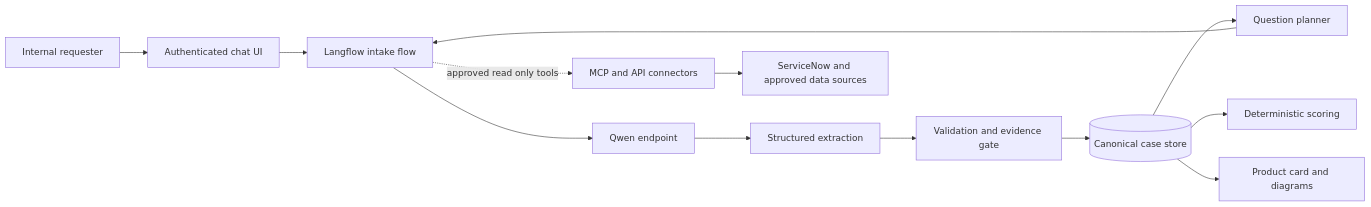
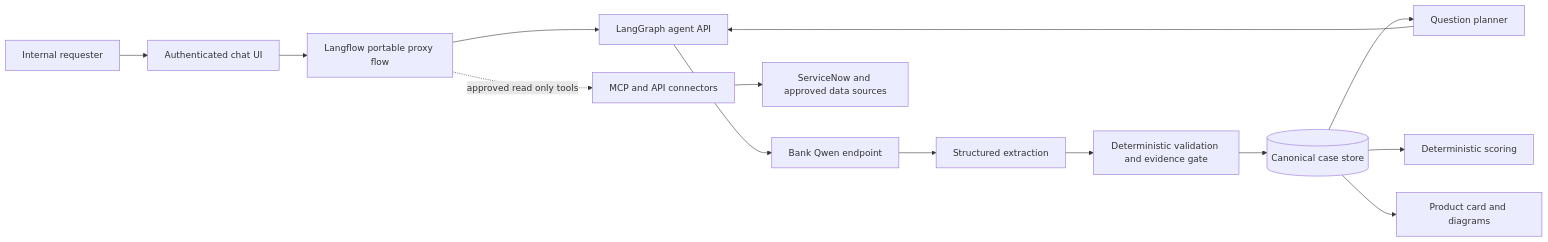
The diagram in README.md (Ignatsab/workflow-automation-discovery-agent), drawn with Mermaid before and after one commit. The commit also changed other lines of this file and 17 other files, not shown here.

Commit message:
Add deployable LangGraph intake agent service

````diff
--- a/README.md
+++ b/README.md
@@ -21,15 +24,16 @@
 ```mermaid
 flowchart LR
     U[Internal requester] --> UI[Authenticated chat UI]
-    UI --> LF[Langflow intake flow]
-    LF --> Q[Qwen endpoint]
+    UI --> LF[Langflow portable proxy flow]
+    LF --> LG[LangGraph agent API]
+    LG --> Q[Bank Qwen endpoint]
     Q --> E[Structured extraction]
-    E --> G[Validation and evidence gate]
+    E --> G[Deterministic validation and evidence gate]
     G --> C[(Canonical case store)]
     C --> P[Question planner]
-    P --> LF
+    P --> LG
     C --> S[Deterministic scoring]
     C --> A[Product card and diagrams]
     LF -. approved read only tools .-> MCP[MCP and API connectors]
     MCP --> SN[ServiceNow and approved data sources]
 ```
````
